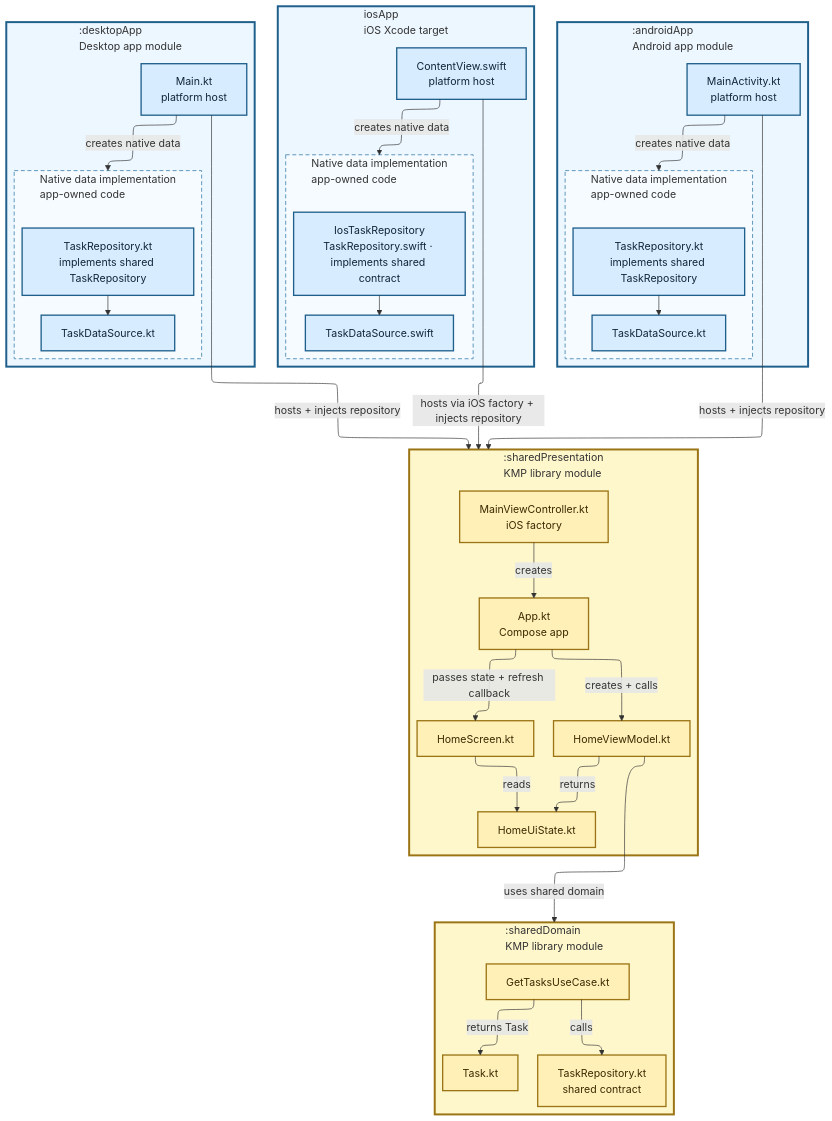
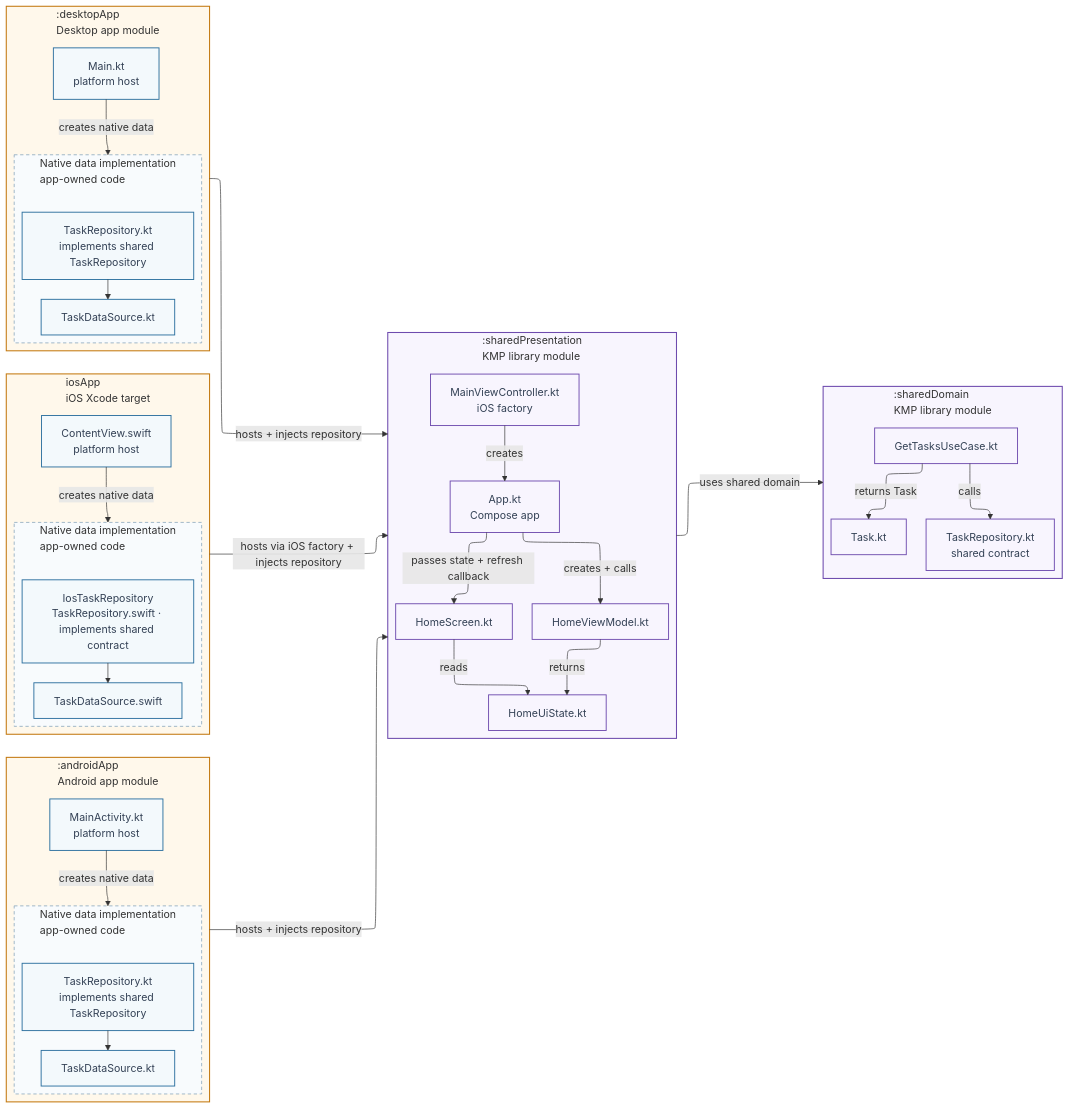
One commit to TheSetox/kmp-sample-diagrams changed the diagram in diagrams/19-three-layer-kmp-domain-presentation.md. Above: the diagram before and after it, drawn with Mermaid. The commit also changed 42 other files, not shown here.

Commit message:
Redesign Mermaid architecture diagrams

````diff
--- a/diagrams/19-three-layer-kmp-domain-presentation.md
+++ b/diagrams/19-three-layer-kmp-domain-presentation.md
@@ -9,7 +9,7 @@
   elk:
     nodePlacementStrategy: LINEAR_SEGMENTS
 ---
-flowchart TB
+flowchart LR
   subgraph Android[":androidApp\nAndroid app module"]
     direction TB
     AEntry["MainActivity.kt\nplatform host"]
@@ -69,21 +69,21 @@
     UseCase -->|"calls"| RepositoryPort
   end
 
-  DEntry -->|"hosts + injects repository"| Presentation
-  IEntry -->|"hosts via iOS factory + injects repository"| Presentation
-  AEntry -->|"hosts + injects repository"| Presentation
-  VM -->|"uses shared domain"| Domain
+  Desktop -->|"hosts + injects repository"| Presentation
+  IOS -->|"hosts via iOS factory + injects repository"| Presentation
+  Android -->|"hosts + injects repository"| Presentation
+  Presentation -->|"uses shared domain"| Domain
 
-  classDef app fill:#d8ecff,stroke:#1f5f8b,color:#0f2738,stroke-width:2px;
-  classDef kmp fill:#fff0b8,stroke:#9b7415,color:#3b2a00,stroke-width:2px;
+  classDef app fill:#f3f9fc,stroke:#2b6f9e,color:#334155,stroke-width:1.4px;
+  classDef kmp fill:#f8f5fe,stroke:#6e4bae,color:#334155,stroke-width:1.4px;
   class AEntry,ARepository,ADataSource,IEntry,IRepository,IDataSource,DEntry,DRepository,DDataSource app;
   class Controller,App,Screen,VM,State,UseCase,Entity,RepositoryPort kmp;
-  style Android fill:#edf7ff,stroke:#1f5f8b,stroke-width:3px
-  style IOS fill:#edf7ff,stroke:#1f5f8b,stroke-width:3px
-  style Desktop fill:#edf7ff,stroke:#1f5f8b,stroke-width:3px
-  style AData fill:#f6fbff,stroke:#5f97bd,stroke-width:1.5px,stroke-dasharray:6 4
-  style IData fill:#f6fbff,stroke:#5f97bd,stroke-width:1.5px,stroke-dasharray:6 4
-  style DData fill:#f6fbff,stroke:#5f97bd,stroke-width:1.5px,stroke-dasharray:6 4
-  style Presentation fill:#fff7cc,stroke:#9b7415,stroke-width:3px
-  style Domain fill:#fff7cc,stroke:#9b7415,stroke-width:3px
+  style Android fill:#fff8eb,stroke:#c47a12,stroke-width:1.6px
+  style IOS fill:#fff8eb,stroke:#c47a12,stroke-width:1.6px
+  style Desktop fill:#fff8eb,stroke:#c47a12,stroke-width:1.6px
+  style AData fill:#f8fbfd,stroke:#8aa7bc,stroke-width:1.2px,stroke-dasharray:5 4
+  style IData fill:#f8fbfd,stroke:#8aa7bc,stroke-width:1.2px,stroke-dasharray:5 4
+  style DData fill:#f8fbfd,stroke:#8aa7bc,stroke-width:1.2px,stroke-dasharray:5 4
+  style Presentation fill:#f8f5fe,stroke:#6e4bae,stroke-width:1.6px
+  style Domain fill:#f8f5fe,stroke:#6e4bae,stroke-width:1.6px
 ```
````
